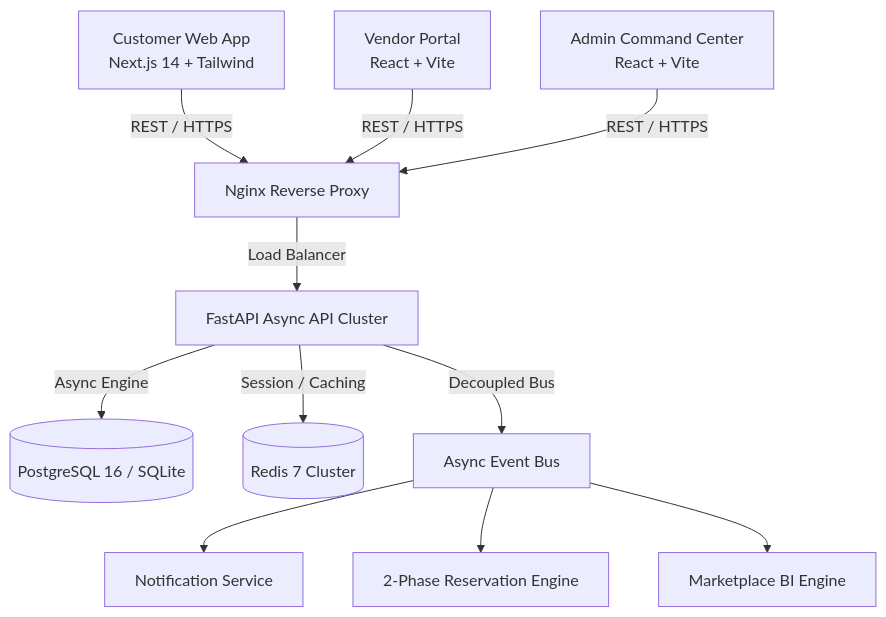
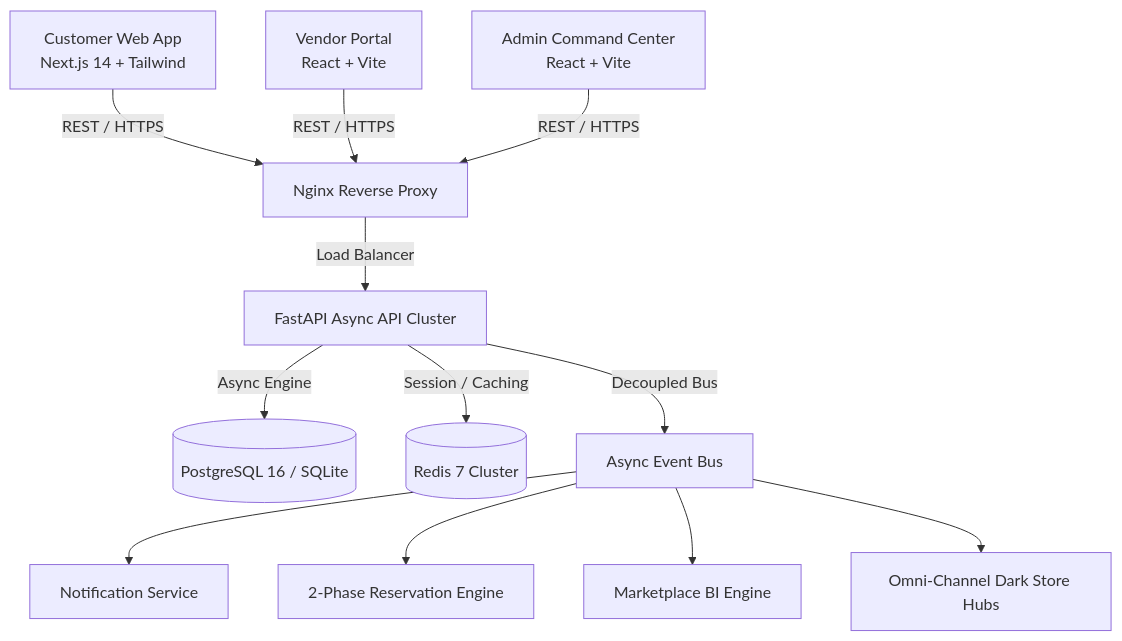
Before and after one commit to SnehaPullagura/E-Commerce-fashion-marketplace: the diagram in README.md, drawn with Mermaid. The commit also changed other lines of this file and 1 other file, not shown here.

````diff
--- a/README.md
+++ b/README.md
@@ -29,16 +31,17 @@
 ```mermaid
 graph TD
     Client[Customer Web App<br/>Next.js 14 + Tailwind] -->|REST / HTTPS| Nginx[Nginx Reverse Proxy]
     Vendor[Vendor Portal<br/>React + Vite] -->|REST / HTTPS| Nginx
     Admin[Admin Command Center<br/>React + Vite] -->|REST / HTTPS| Nginx
 
     Nginx -->|Load Balancer| Backend[FastAPI Async API Cluster]
 
     Backend -->|Async Engine| DB[(PostgreSQL 16 / SQLite)]
     Backend -->|Session / Caching| Redis[(Redis 7 Cluster)]
     Backend -->|Decoupled Bus| Events[Async Event Bus]
 
     Events --> Notifications[Notification Service]
     Events --> Inventory[2-Phase Reservation Engine]
     Events --> Analytics[Marketplace BI Engine]
+    Events --> Logistics[Omni-Channel Dark Store Hubs]
 ```
````
